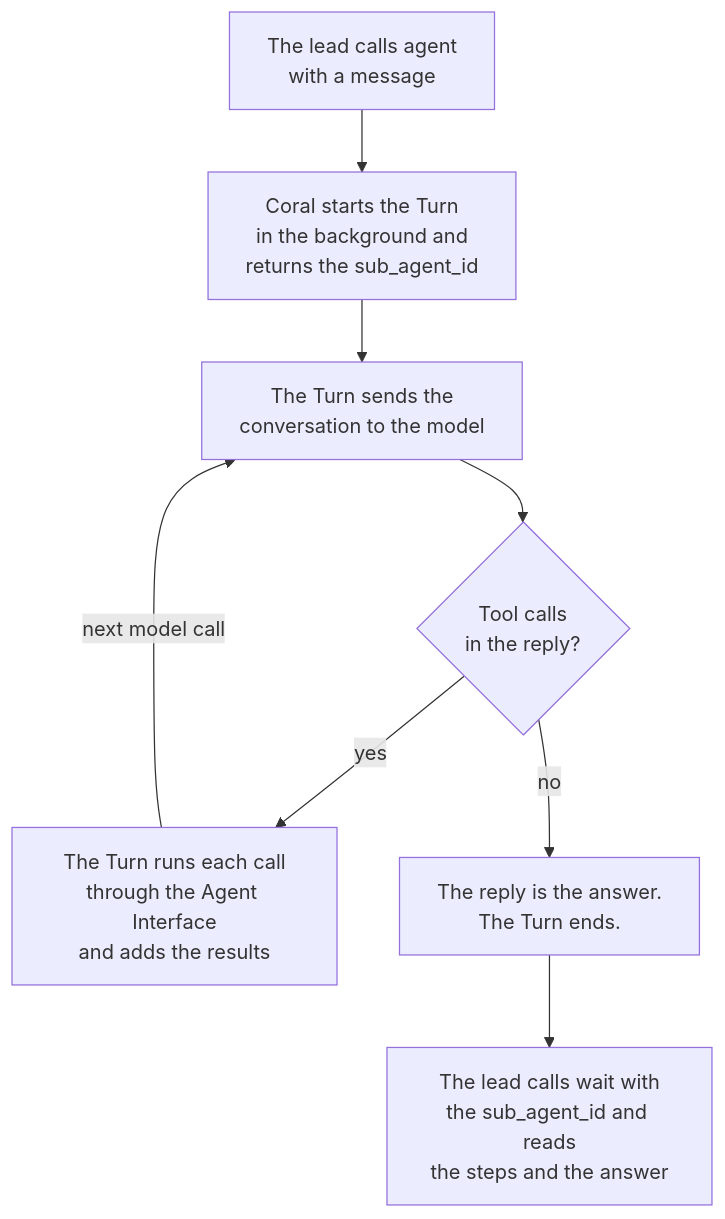
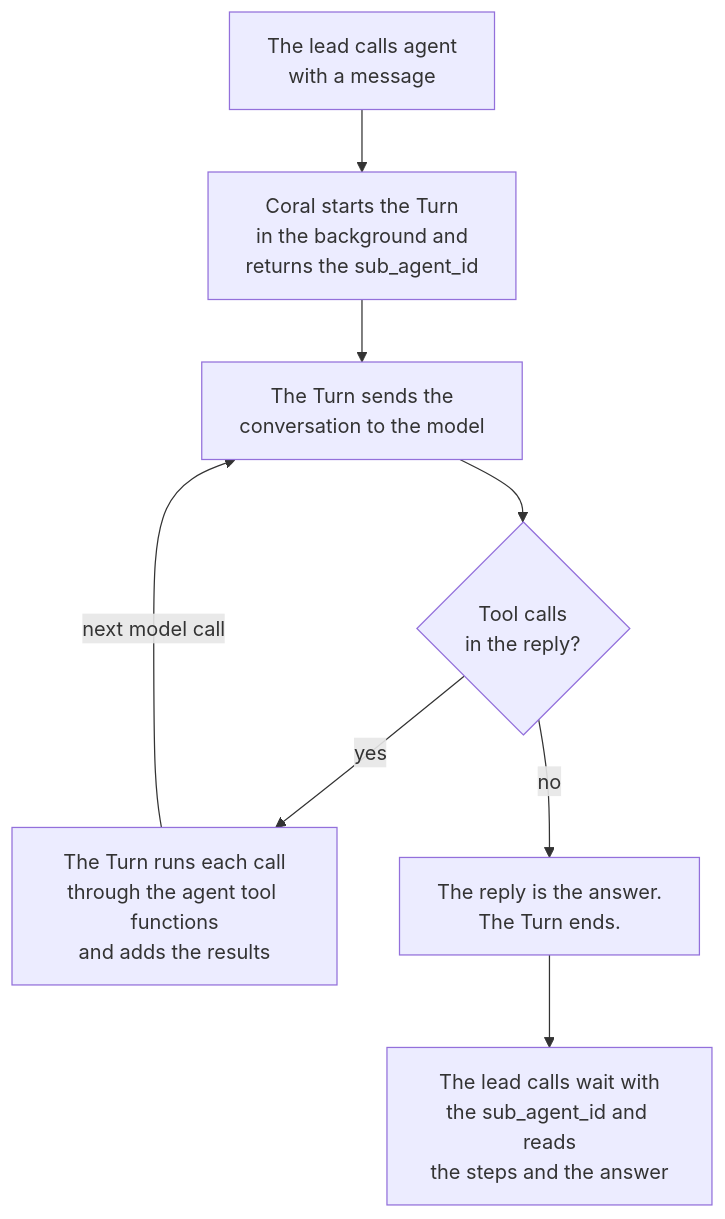
One commit to withcoral/coral changed the fifth of 5 diagrams in docs/adr/0039-an-enterprise-sub-agent.md. Above: the diagram before and after it, drawn with Mermaid. The commit also changed other lines of this file, not shown here.

First line of the commit message:
docs(sub-agent): name the shared functions after the tools they serve

````diff
--- a/docs/adr/0039-an-enterprise-sub-agent.md
+++ b/docs/adr/0039-an-enterprise-sub-agent.md
@@ -515,14 +522,14 @@
 ```mermaid
 flowchart TD
     ask["The lead calls agent<br/>with a message"]
     start["Coral starts the Turn<br/>in the background and<br/>returns the sub_agent_id"]
     send["The Turn sends the<br/>conversation to the model"]
     tools{"Tool calls<br/>in the reply?"}
-    run["The Turn runs each call<br/>through the Agent Interface<br/>and adds the results"]
+    run["The Turn runs each call<br/>through the agent tool functions<br/>and adds the results"]
     answer["The reply is the answer.<br/>The Turn ends."]
     wait["The lead calls wait with<br/>the sub_agent_id and reads<br/>the steps and the answer"]
     ask --> start --> send --> tools
     tools -- yes --> run
     run -- next model call --> send
     tools -- no --> answer --> wait
 ```
````
